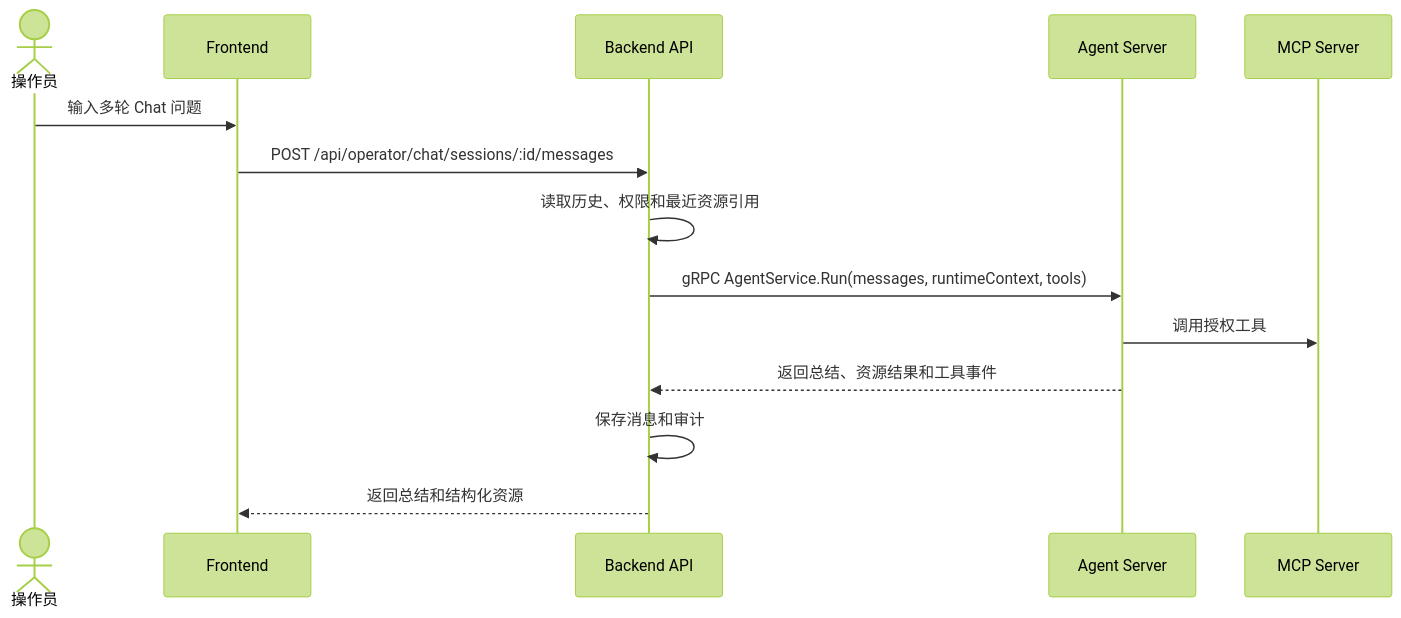
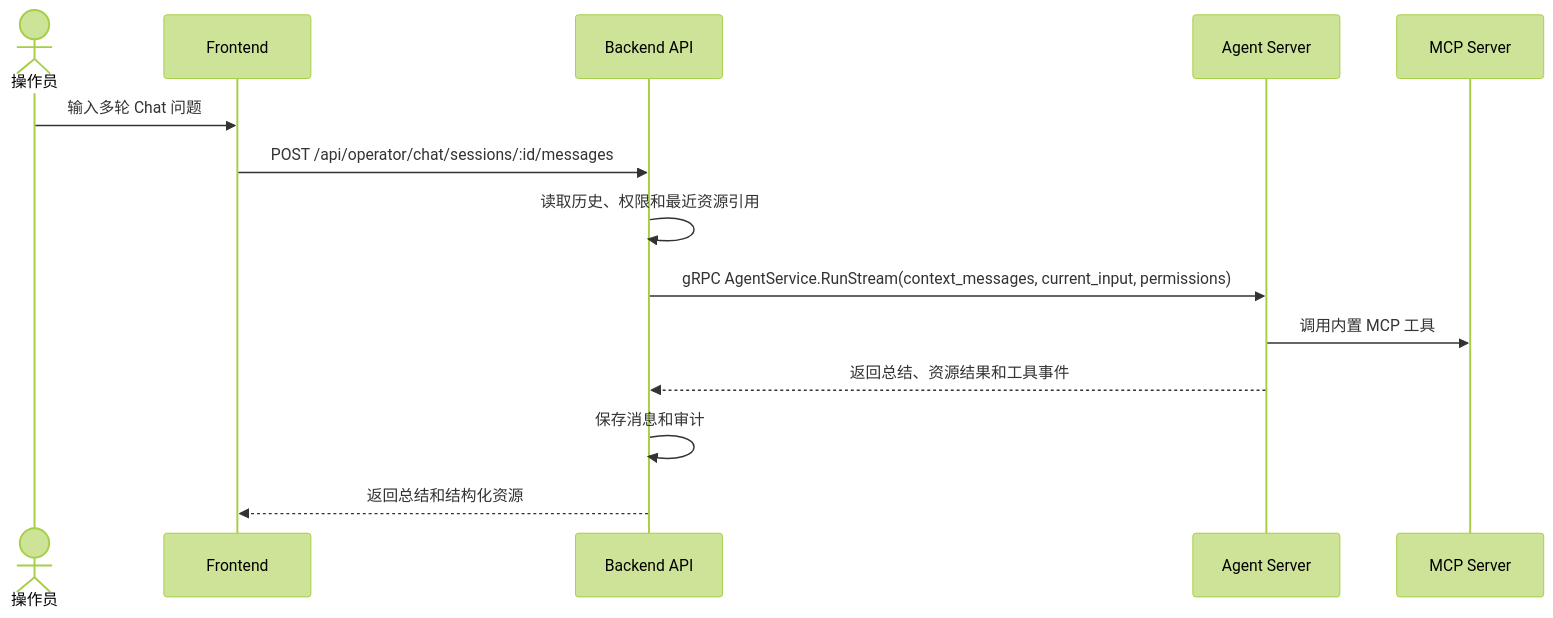
The third of 5 diagrams in docs/product/user-journeys.md (ZhaoXiangHeng/k8s-agent), drawn with Mermaid (forest theme) before and after one commit. The commit also changed other lines of this file and 128 other files, not shown here.

````diff
--- a/docs/product/user-journeys.md
+++ b/docs/product/user-journeys.md
@@ -45,17 +45,17 @@
 ```mermaid
 sequenceDiagram
   actor Operator as 操作员
   participant UI as Frontend
   participant API as Backend API
   participant Agent as Agent Server
   participant MCP as MCP Server
 
   Operator->>UI: 输入多轮 Chat 问题
   UI->>API: POST /api/operator/chat/sessions/:id/messages
   API->>API: 读取历史、权限和最近资源引用
-  API->>Agent: gRPC AgentService.Run(messages, runtimeContext, tools)
-  Agent->>MCP: 调用授权工具
+  API->>Agent: gRPC AgentService.RunStream(context_messages, current_input, permissions)
+  Agent->>MCP: 调用内置 MCP 工具
   Agent-->>API: 返回总结、资源结果和工具事件
   API->>API: 保存消息和审计
   API-->>UI: 返回总结和结构化资源
 ```
````
